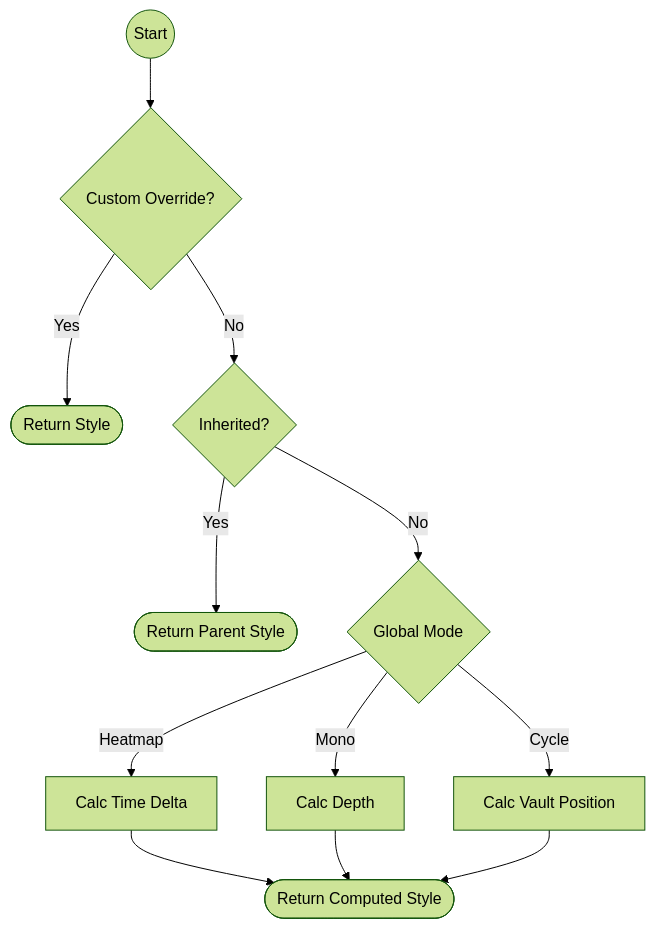
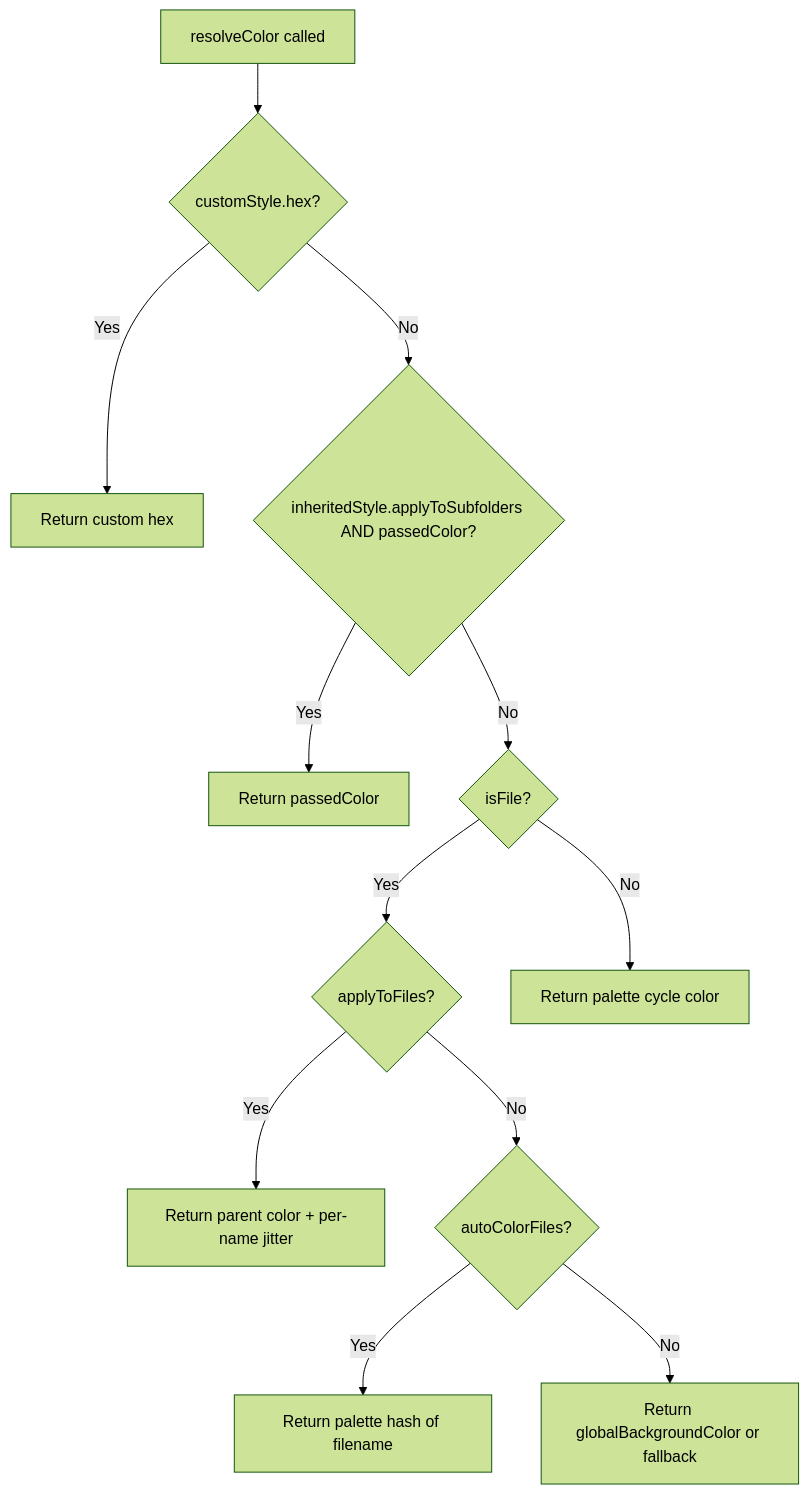
The second of 3 diagrams in docs/ARCHITECTURE.md (RohitNahar-Offical/colorful-folders-obsidian), drawn with Mermaid (forest theme) before and after one commit. The commit also changed other lines of this file and 3 other files, not shown here.

Commit message:
docs: comprehensive audit and rewrite - accurate opacity math, debouncer architecture, color resolution chain, per-child tint logic

````diff
--- a/docs/ARCHITECTURE.md
+++ b/docs/ARCHITECTURE.md
@@ -91,15 +62,14 @@
 ```mermaid
 graph TD
-    Start((Start)) --> Override{Custom Override?}
-    Override -- Yes --> ReturnOverride([Return Style])
-    Override -- No --> Ancestor{Inherited?}
-    Ancestor -- Yes --> ReturnInherit([Return Parent Style])
-    Ancestor -- No --> Mode{Global Mode}
-    Mode -- Heatmap --> CalcHeat[Calc Time Delta]
-    Mode -- Mono --> CalcDepth[Calc Depth]
-    Mode -- Cycle --> CalcPos[Calc Vault Position]
-    CalcHeat --> Finalize
-    CalcDepth --> Finalize
-    CalcPos --> Finalize
-    Finalize([Return Computed Style])
+    A[resolveColor called] --> B{customStyle.hex?}
+    B -- Yes --> Z1[Return custom hex]
+    B -- No --> C{inheritedStyle.applyToSubfolders AND passedColor?}
+    C -- Yes --> Z2[Return passedColor]
+    C -- No --> D{isFile?}
+    D -- Yes --> E{applyToFiles?}
+    E -- Yes --> Z3[Return parent color + per-name jitter]
+    E -- No --> F{autoColorFiles?}
+    F -- Yes --> Z4[Return palette hash of filename]
+    F -- No --> Z5[Return globalBackgroundColor or fallback]
+    D -- No --> Z6[Return palette cycle color]
 ```
````
